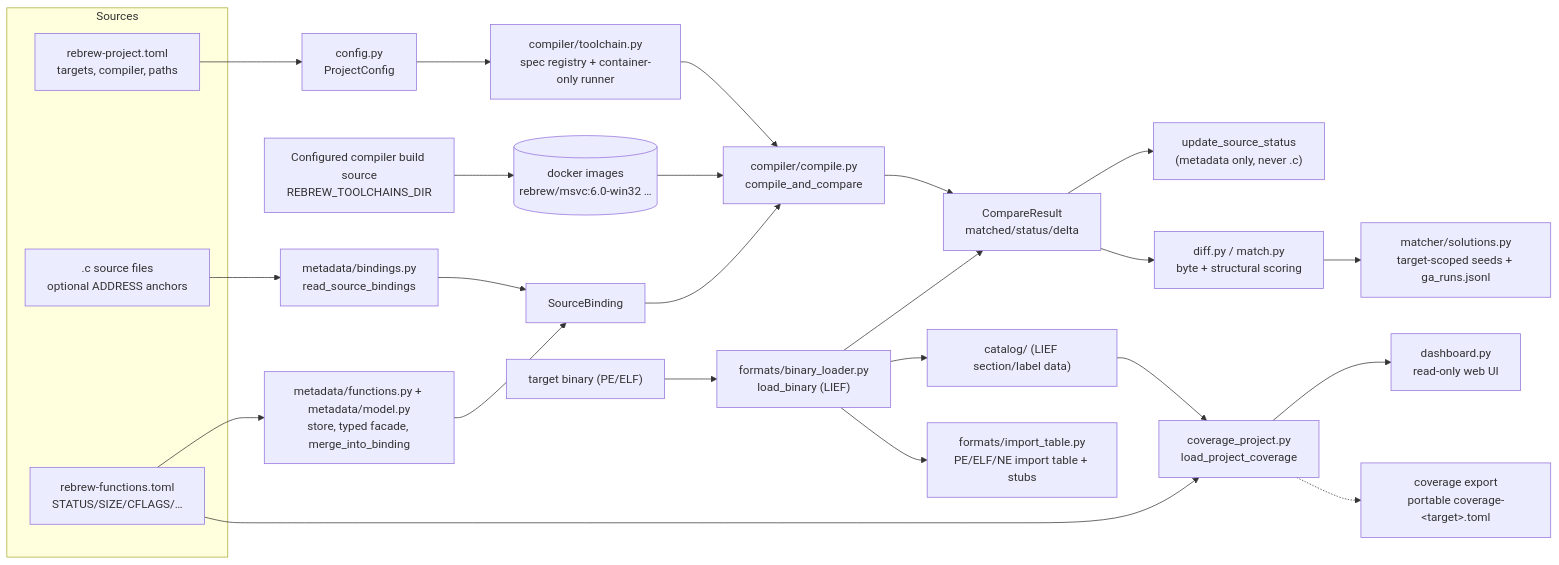
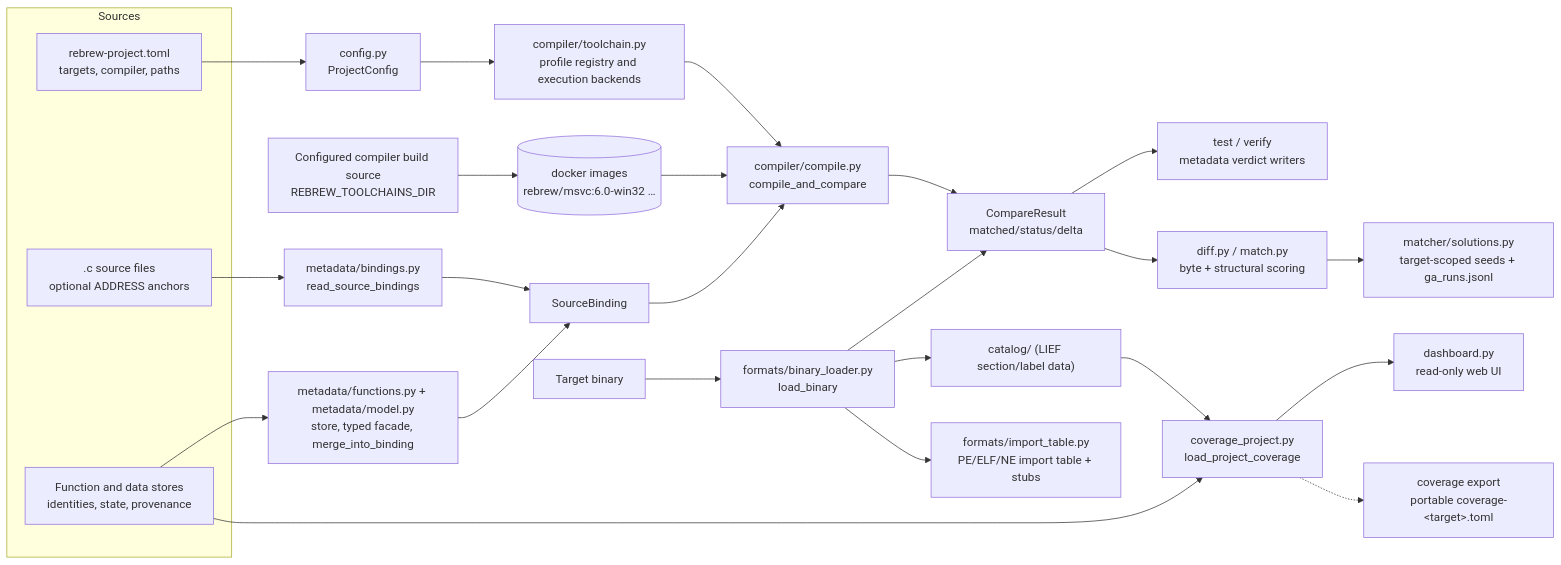
One commit to maci0/rebrew changed the diagram in docs/ARCHITECTURE.md. Above: the diagram before and after it, drawn with Mermaid. The commit also changed other lines of this file and 41 other files, not shown here.

````diff
--- a/docs/ARCHITECTURE.md
+++ b/docs/ARCHITECTURE.md
@@ -24,37 +16,37 @@
 ```mermaid
 flowchart LR
     subgraph Sources
         C[".c source files<br/>optional ADDRESS anchors"]
         TOML["rebrew-project.toml<br/>targets, compiler, paths"]
-        META["rebrew-functions.toml<br/>STATUS/SIZE/CFLAGS/…"]
+        META["Function and data stores<br/>identities, state, provenance"]
     end
 
     C --> ANNOT["metadata/bindings.py<br/>read_source_bindings"]
     META --> FACADE["metadata/functions.py + metadata/model.py<br/>store, typed facade, merge_into_binding"]
     TOML --> CFG["config.py<br/>ProjectConfig"]
 
     ANNOT --> MERGED["SourceBinding"]
     FACADE --> MERGED
 
-    CFG --> TOOLCHAIN["compiler/toolchain.py<br/>spec registry + container-only runner"]
+    CFG --> TOOLCHAIN["compiler/toolchain.py<br/>profile registry and execution backends"]
     RT["Configured compiler build source<br/>REBREW_TOOLCHAINS_DIR"] --> IMG[("docker images<br/>rebrew/msvc:6.0-win32 …")]
     TOOLCHAIN --> COMPILE["compiler/compile.py<br/>compile_and_compare"]
     IMG --> COMPILE
 
-    BIN["target binary (PE/ELF)"] --> LOAD["formats/binary_loader.py<br/>load_binary (LIEF)"]
+    BIN["Target binary"] --> LOAD["formats/binary_loader.py<br/>load_binary"]
     MERGED --> COMPILE
     COMPILE --> CMP["CompareResult<br/>matched/status/delta"]
     LOAD --> CMP
 
-    CMP --> STATUS["update_source_status<br/>(metadata only, never .c)"]
+    CMP --> STATUS["test / verify<br/>metadata verdict writers"]
     CMP --> DIFF["diff.py / match.py<br/>byte + structural scoring"]
 
     LOAD --> CATALOG["catalog/ (LIEF section/label data)"]
     CATALOG --> COVERAGE["coverage_project.py<br/>load_project_coverage"]
     META --> COVERAGE
     COVERAGE --> DASH["dashboard.py<br/>read-only web UI"]
     COVERAGE -.-> DB["coverage export<br/>portable coverage-&lt;target&gt;.toml"]
 
     LOAD --> IMPORTS["formats/import_table.py<br/>PE/ELF/NE import table + stubs"]
     DIFF --> SOL["matcher/solutions.py<br/>target-scoped seeds + ga_runs.jsonl"]
 ```
````
